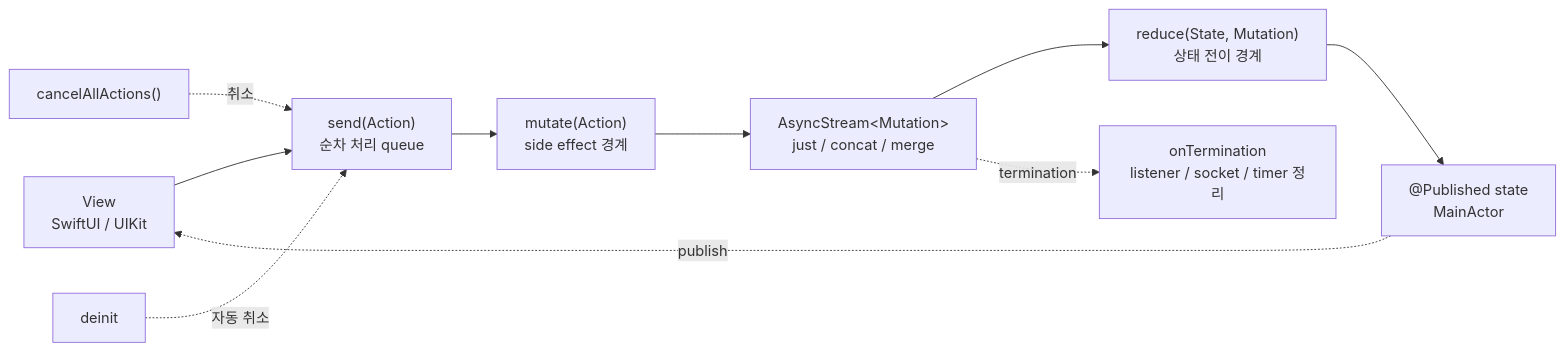
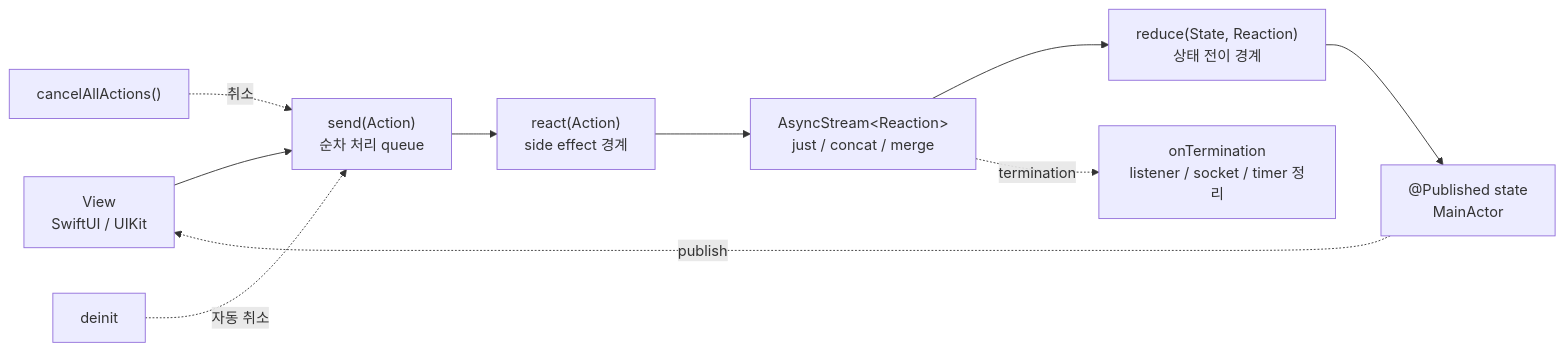
Before and after one commit to indextrown/Compound: the diagram in README.md, drawn with Mermaid. The commit also changed other lines of this file and 8 other files, not shown here.

Commit message:
refactor: mutate/Mutation을 react/Reaction으로 변경

````diff
--- a/README.md
+++ b/README.md
@@ -279,24 +280,24 @@
 ```mermaid
 flowchart LR
     View["View<br/>SwiftUI / UIKit"]
     Send["send(Action)<br/>순차 처리 queue"]
-    Mutate["mutate(Action)<br/>side effect 경계"]
-    Stream["AsyncStream&lt;Mutation&gt;<br/>just / concat / merge"]
-    Reduce["reduce(State, Mutation)<br/>상태 전이 경계"]
+    React["react(Action)<br/>side effect 경계"]
+    Stream["AsyncStream&lt;Reaction&gt;<br/>just / concat / merge"]
+    Reduce["reduce(State, Reaction)<br/>상태 전이 경계"]
     State["@Published state<br/>MainActor"]
 
     View --> Send
-    Send --> Mutate
-    Mutate --> Stream
+    Send --> React
+    React --> Stream
     Stream --> Reduce
     Reduce --> State
     State -. publish .-> View
 
     Cancel["cancelAllActions()"]
     Lifetime["deinit"]
     Cleanup["onTermination<br/>listener / socket / timer 정리"]
 
     Cancel -. 취소 .-> Send
     Lifetime -. 자동 취소 .-> Send
     Stream -. termination .-> Cleanup
 ```
````
